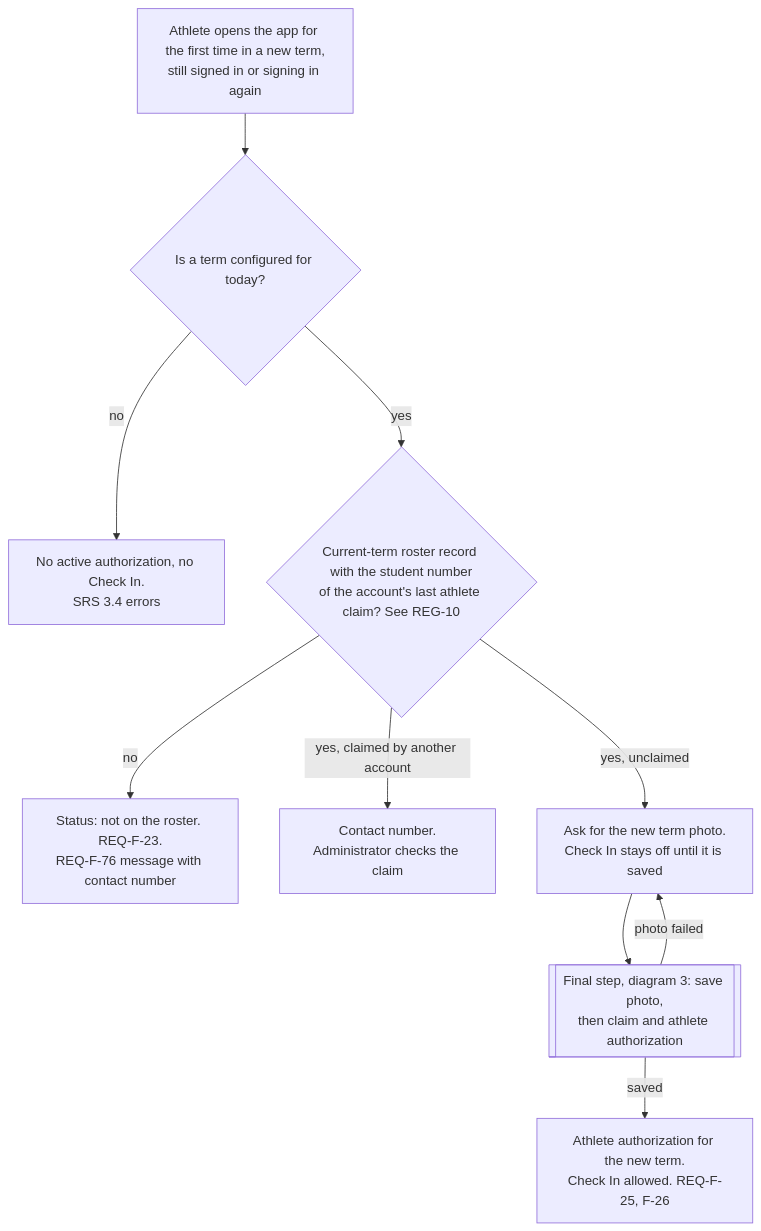
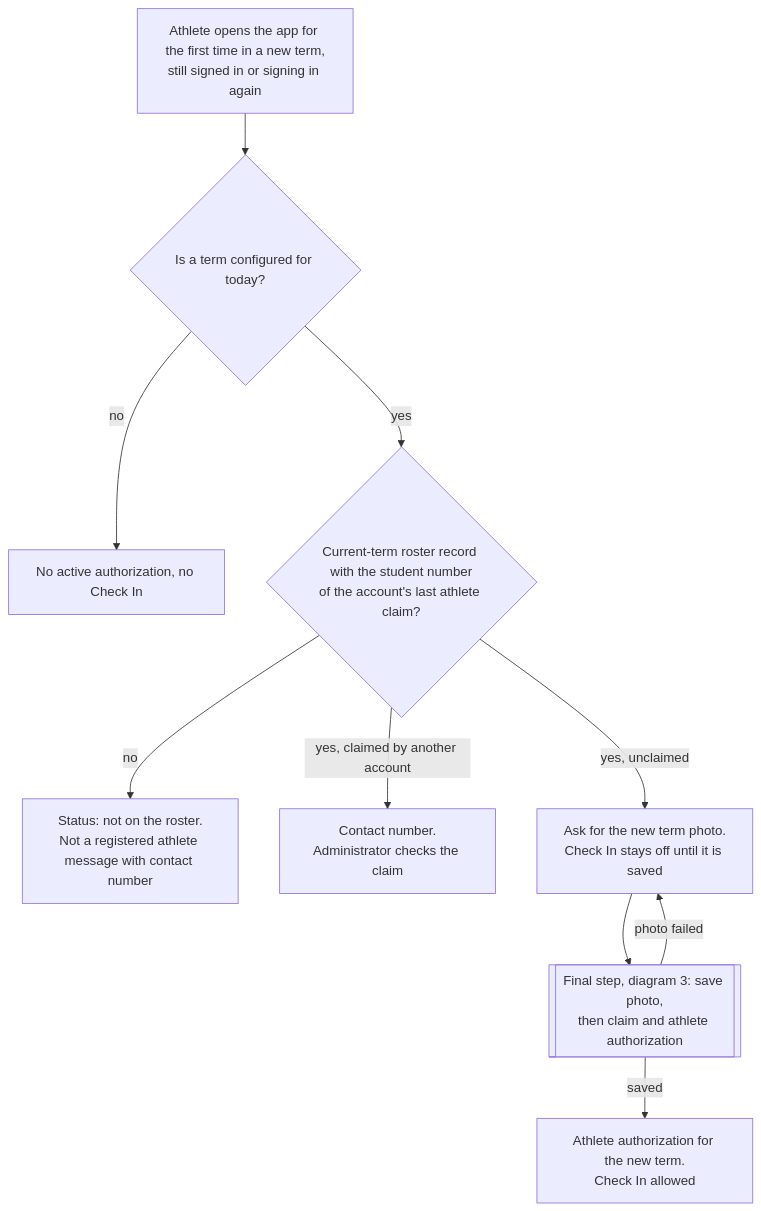
The eighth of 9 diagrams in docs/design/registration-flows.md (Th3-Minorities/natatorio-gym-app), drawn with Mermaid before and after one commit. The commit also changed other lines of this file, not shown here.

Commit message:
Use an email link for "I am an athlete" and delete photos on undo

````diff
--- a/docs/design/registration-flows.md
+++ b/docs/design/registration-flows.md
@@ -224,12 +246,12 @@
 ```mermaid
 flowchart TD
   START["Athlete opens the app for the first time in a new term,<br/>still signed in or signing in again"] --> T{"Is a term configured for today?"}
-  T -->|"no"| X0["No active authorization, no Check In.<br/>SRS 3.4 errors"]
-  T -->|"yes"| M{"Current-term roster record with the student number<br/>of the account's last athlete claim? See REG-10"}
-  M -->|"no"| X1["Status: not on the roster. REQ-F-23.<br/>REQ-F-76 message with contact number"]
+  T -->|"no"| X0["No active authorization, no Check In"]
+  T -->|"yes"| M{"Current-term roster record with the student number<br/>of the account's last athlete claim?"}
+  M -->|"no"| X1["Status: not on the roster.<br/>Not a registered athlete message with contact number"]
   M -->|"yes, claimed by another account"| X2["Contact number.<br/>Administrator checks the claim"]
   M -->|"yes, unclaimed"| PH["Ask for the new term photo.<br/>Check In stays off until it is saved"]
   PH --> FIN[["Final step, diagram 3: save photo,<br/>then claim and athlete authorization"]]
   FIN -->|"photo failed"| PH
-  FIN -->|"saved"| OK["Athlete authorization for the new term.<br/>Check In allowed. REQ-F-25, F-26"]
+  FIN -->|"saved"| OK["Athlete authorization for the new term.<br/>Check In allowed"]
 ```
````
